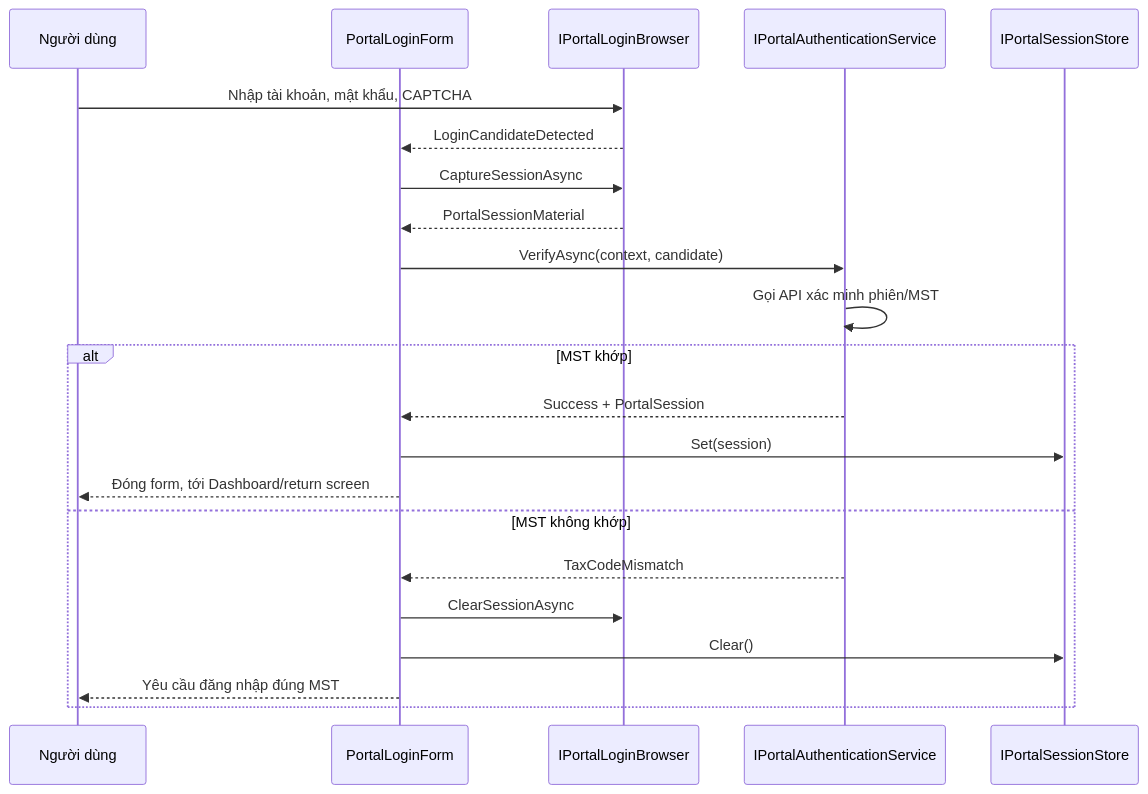
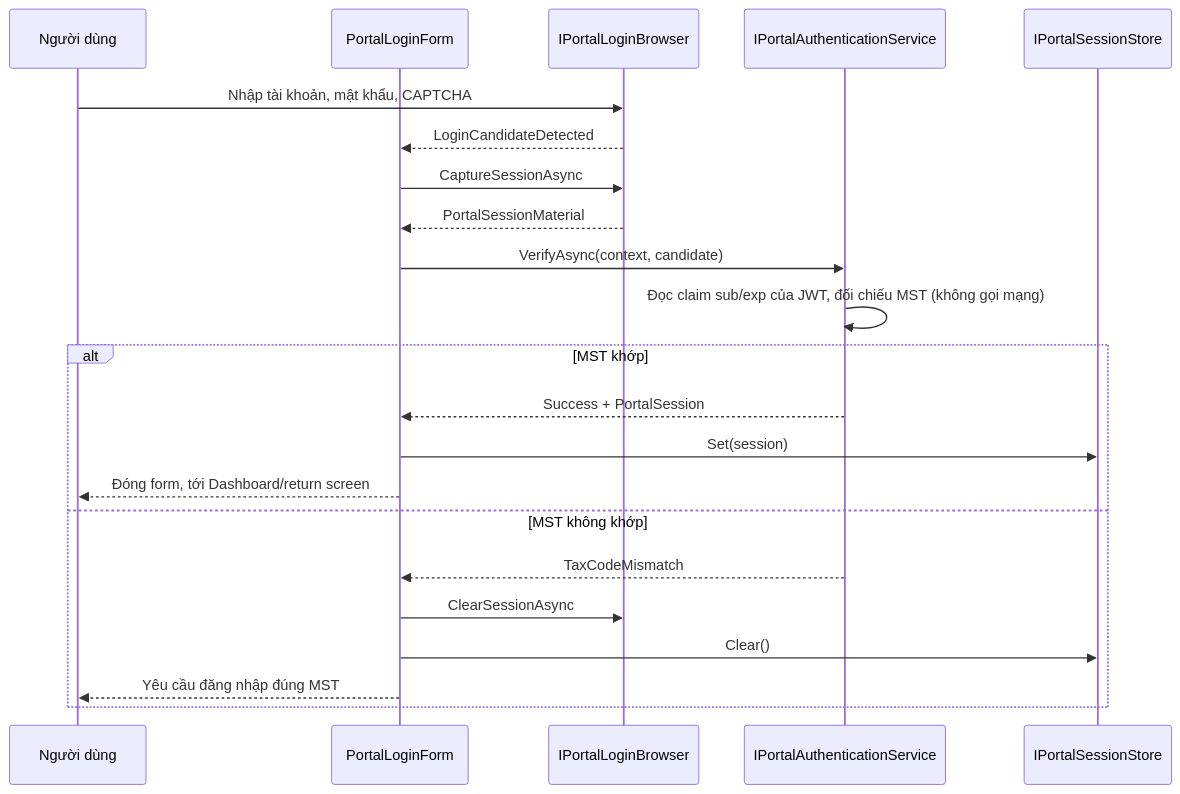
One commit to cuongtm255-hn/hoadondientu changed the third of 3 diagrams in docs/detail-design/DD-01-APP-SHELL-LOGIN.md. Above: the diagram before and after it, drawn with Mermaid. The commit also changed other lines of this file and 56 other files, not shown here.

````diff
--- a/docs/detail-design/DD-01-APP-SHELL-LOGIN.md
+++ b/docs/detail-design/DD-01-APP-SHELL-LOGIN.md
@@ -696,25 +696,25 @@
 ```mermaid
 sequenceDiagram
     participant U as Người dùng
     participant F as PortalLoginForm
     participant B as IPortalLoginBrowser
     participant A as IPortalAuthenticationService
     participant S as IPortalSessionStore
 
     U->>B: Nhập tài khoản, mật khẩu, CAPTCHA
     B-->>F: LoginCandidateDetected
     F->>B: CaptureSessionAsync
     B-->>F: PortalSessionMaterial
     F->>A: VerifyAsync(context, candidate)
-    A->>A: Gọi API xác minh phiên/MST
+    A->>A: Đọc claim sub/exp của JWT, đối chiếu MST (không gọi mạng)
     alt MST khớp
         A-->>F: Success + PortalSession
         F->>S: Set(session)
         F-->>U: Đóng form, tới Dashboard/return screen
     else MST không khớp
         A-->>F: TaxCodeMismatch
         F->>B: ClearSessionAsync
         F->>S: Clear()
         F-->>U: Yêu cầu đăng nhập đúng MST
     end
 ```
````
